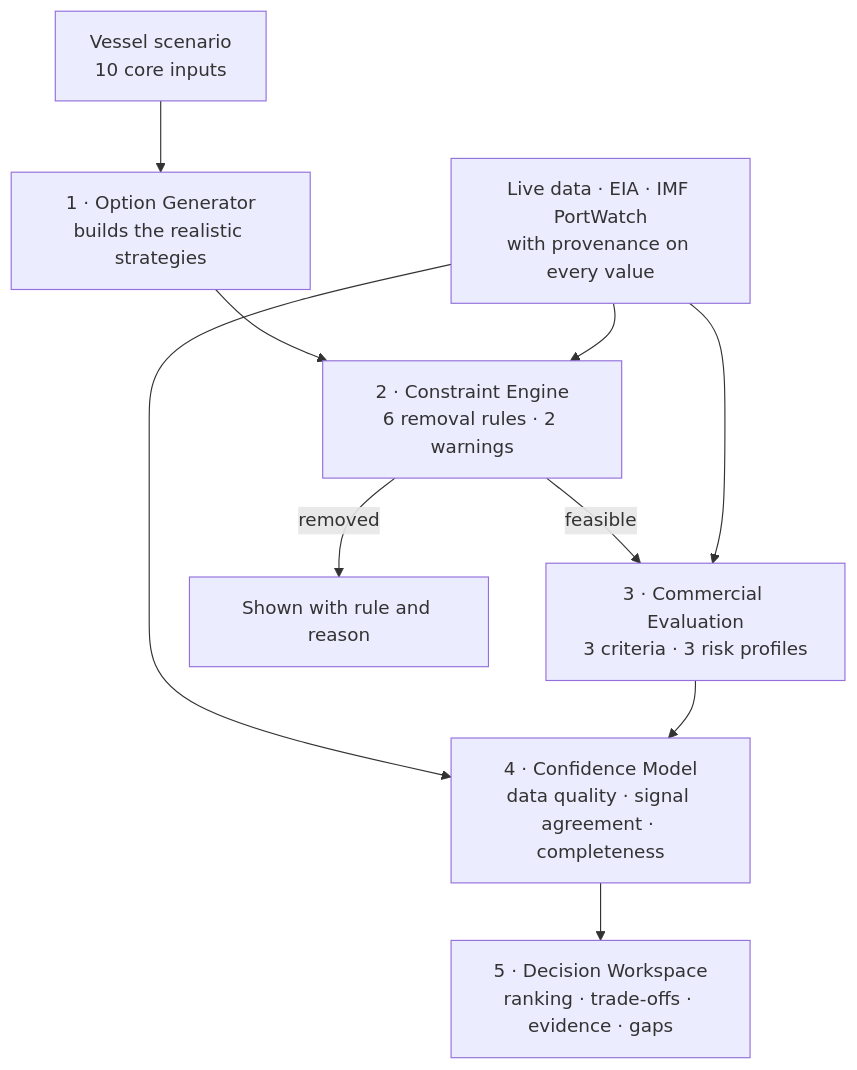
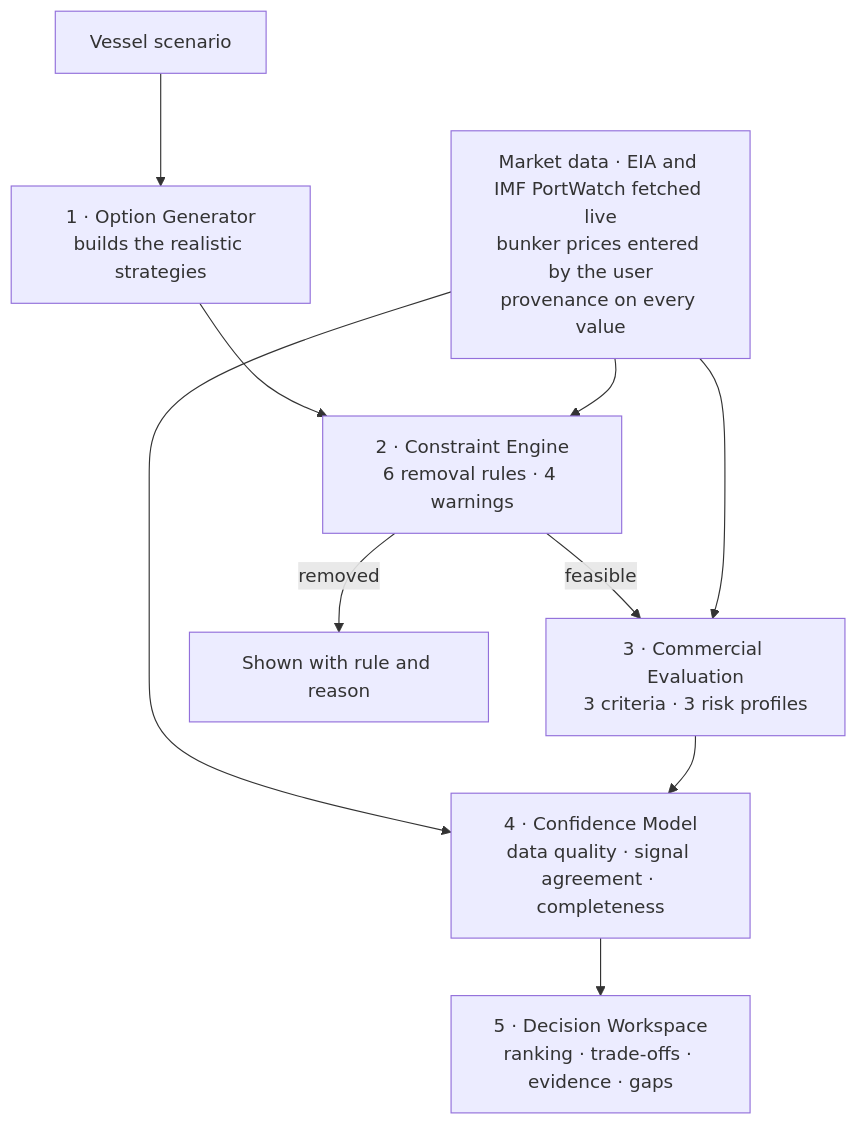
Before and after one commit to linusteo-hub/BrokerBrief: the diagram in README.md, drawn with Mermaid. The commit also changed other lines of this file and 14 other files, not shown here.

````diff
--- a/README.md
+++ b/README.md
@@ -13,12 +13,12 @@
 ```mermaid
 flowchart TD
-    A[Vessel scenario<br/>10 core inputs] --> B[1 · Option Generator<br/>builds the realistic strategies]
-    B --> C[2 · Constraint Engine<br/>6 removal rules · 2 warnings]
+    A[Vessel scenario] --> B[1 · Option Generator<br/>builds the realistic strategies]
+    B --> C[2 · Constraint Engine<br/>6 removal rules · 4 warnings]
     C -->|feasible| D[3 · Commercial Evaluation<br/>3 criteria · 3 risk profiles]
     C -->|removed| G[Shown with rule and reason]
-    L[Live data · EIA · IMF PortWatch<br/>with provenance on every value] --> C
+    L[Market data · EIA and IMF PortWatch fetched live<br/>bunker prices entered by the user<br/>provenance on every value] --> C
     L --> D
     L --> E
     D --> E[4 · Confidence Model<br/>data quality · signal agreement · completeness]
     E --> F[5 · Decision Workspace<br/>ranking · trade-offs · evidence · gaps]
 ```
````
